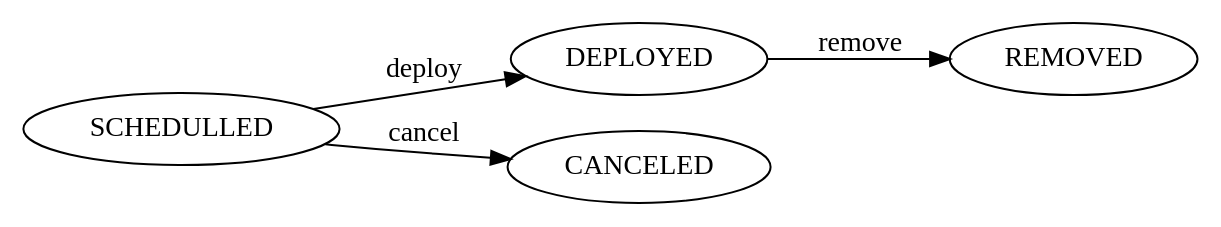
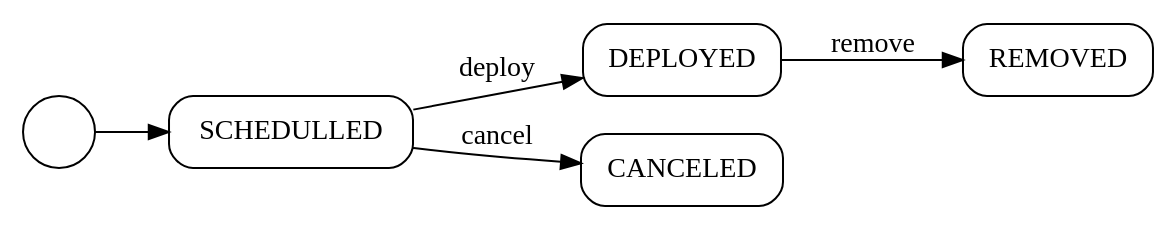
Before and after one commit to mtzmontiel/simple-concise: the diagram in assets/dot/su-baui-deployment-status.dot, drawn with Graphviz. The commit also changed 3 other files, not shown here.

```diff
--- a/assets/dot/su-baui-deployment-status.dot
+++ b/assets/dot/su-baui-deployment-status.dot
@@ -1,7 +1,10 @@
 digraph deploymentStatus {
     rankdir=LR
+    node [shape=Mrecord]
     SCHEDULLED, DEPLOYED, REMOVED, CANCELED;
+    i [label="" shape=circle]
+    i->SCHEDULLED
     SCHEDULLED -> DEPLOYED [label="deploy"];
     DEPLOYED -> REMOVED [label="remove"];
     SCHEDULLED -> CANCELED [label="cancel"];
   }
```
